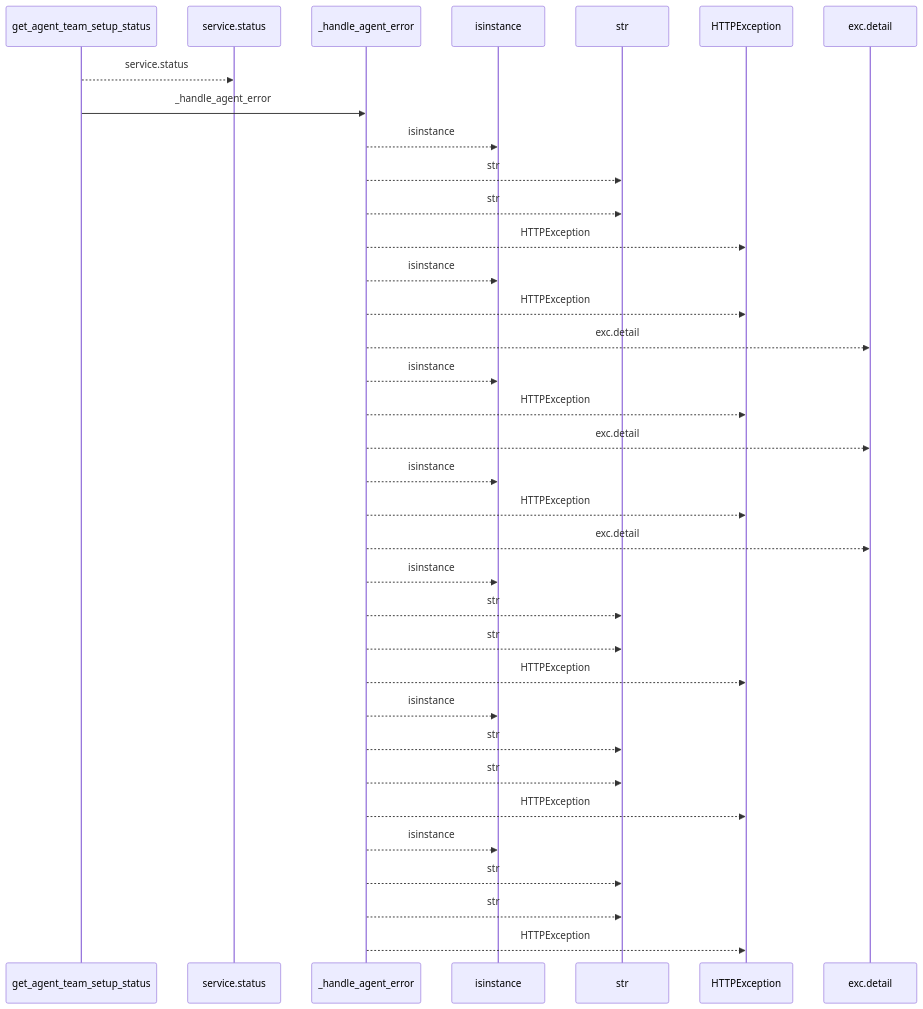
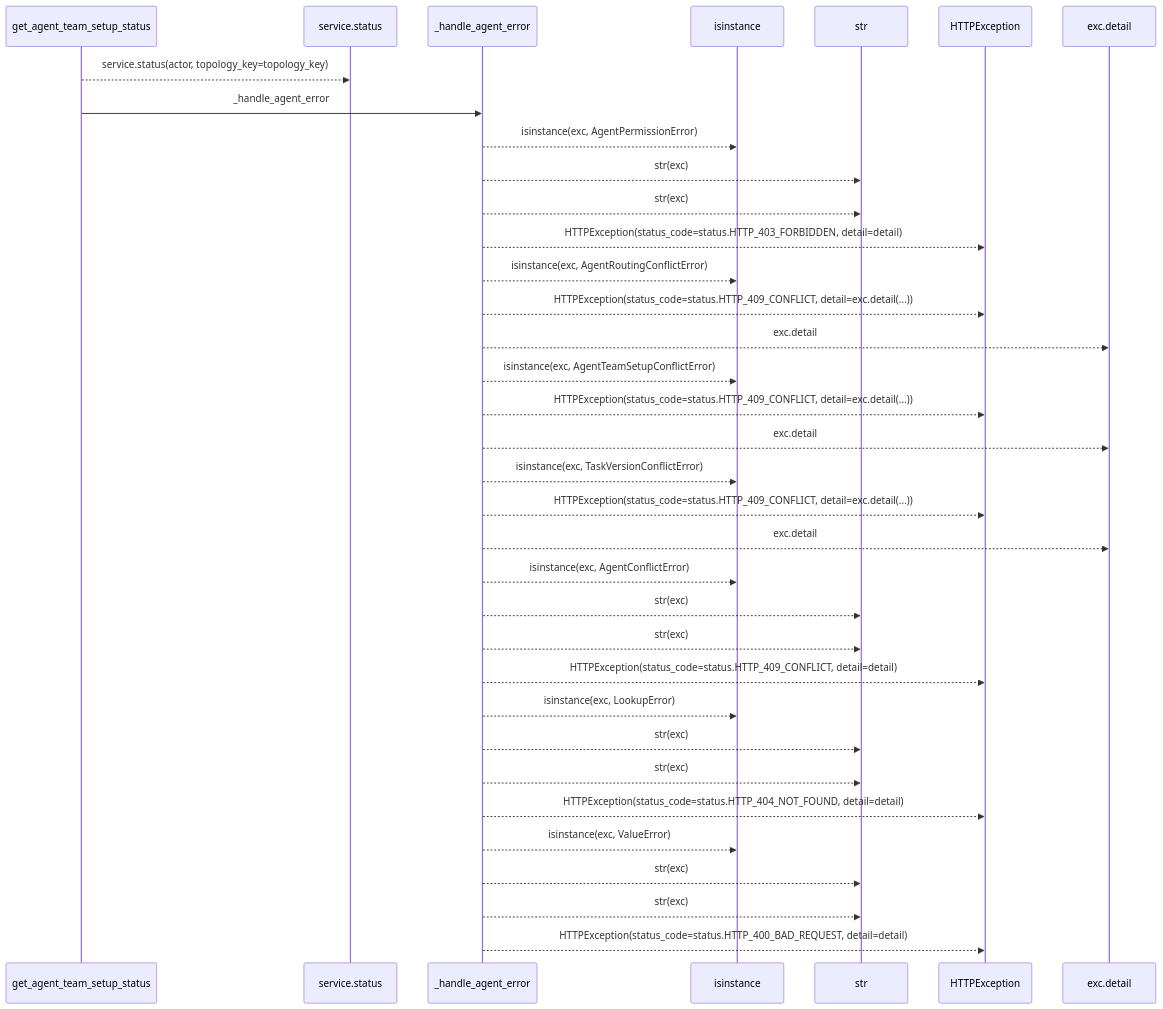
One commit to Denissvgn/WorkChord changed the first of 2 diagrams in docs/llm_wiki/flows/http-get_agent_team_setup_status.md. Above: the diagram before and after it, drawn with Mermaid. The commit also changed other lines of this file and 25171 other files, not shown here.

````diff
--- a/docs/llm_wiki/flows/http-get_agent_team_setup_status.md
+++ b/docs/llm_wiki/flows/http-get_agent_team_setup_status.md
@@ -10,37 +12,37 @@
 ```mermaid
 sequenceDiagram
     participant p0 as get_agent_team_setup_status
     participant p1 as service.status
     participant p2 as _handle_agent_error
     participant p3 as isinstance
     participant p4 as str
     participant p5 as HTTPException
     participant p6 as exc.detail
-    p0-->>p1: service.status
+    p0-->>p1: service.status(actor, topology_key=topology_key)
     p0->>p2: _handle_agent_error
-    p2-->>p3: isinstance
-    p2-->>p4: str
-    p2-->>p4: str
-    p2-->>p5: HTTPException
-    p2-->>p3: isinstance
-    p2-->>p5: HTTPException
+    p2-->>p3: isinstance(exc, AgentPermissionError)
+    p2-->>p4: str(exc)
+    p2-->>p4: str(exc)
+    p2-->>p5: HTTPException(status_code=status.HTTP_403_FORBIDDEN, detail=detail)
+    p2-->>p3: isinstance(exc, AgentRoutingConflictError)
+    p2-->>p5: HTTPException(status_code=status.HTTP_409_CONFLICT, detail=exc.detail(...))
     p2-->>p6: exc.detail
-    p2-->>p3: isinstance
-    p2-->>p5: HTTPException
+    p2-->>p3: isinstance(exc, AgentTeamSetupConflictError)
+    p2-->>p5: HTTPException(status_code=status.HTTP_409_CONFLICT, detail=exc.detail(...))
     p2-->>p6: exc.detail
-    p2-->>p3: isinstance
-    p2-->>p5: HTTPException
+    p2-->>p3: isinstance(exc, TaskVersionConflictError)
+    p2-->>p5: HTTPException(status_code=status.HTTP_409_CONFLICT, detail=exc.detail(...))
     p2-->>p6: exc.detail
-    p2-->>p3: isinstance
-    p2-->>p4: str
-    p2-->>p4: str
-    p2-->>p5: HTTPException
-    p2-->>p3: isinstance
-    p2-->>p4: str
-    p2-->>p4: str
-    p2-->>p5: HTTPException
-    p2-->>p3: isinstance
-    p2-->>p4: str
-    p2-->>p4: str
-    p2-->>p5: HTTPException
+    p2-->>p3: isinstance(exc, AgentConflictError)
+    p2-->>p4: str(exc)
+    p2-->>p4: str(exc)
+    p2-->>p5: HTTPException(status_code=status.HTTP_409_CONFLICT, detail=detail)
+    p2-->>p3: isinstance(exc, LookupError)
+    p2-->>p4: str(exc)
+    p2-->>p4: str(exc)
+    p2-->>p5: HTTPException(status_code=status.HTTP_404_NOT_FOUND, detail=detail)
+    p2-->>p3: isinstance(exc, ValueError)
+    p2-->>p4: str(exc)
+    p2-->>p4: str(exc)
+    p2-->>p5: HTTPException(status_code=status.HTTP_400_BAD_REQUEST, detail=detail)
 ```
````
